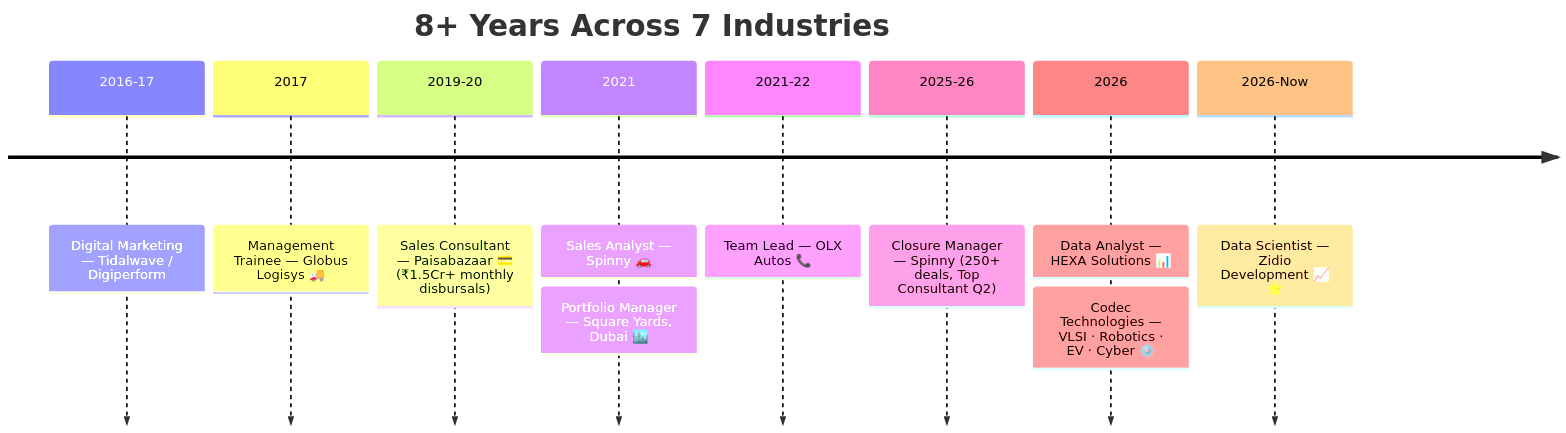
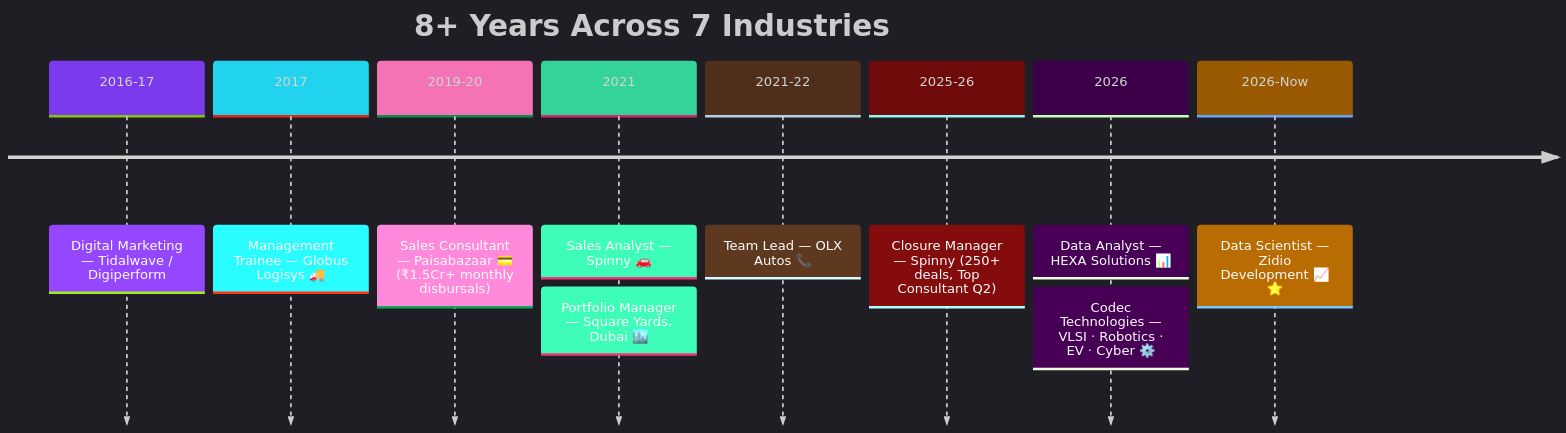
The diagram in README.md (Eswar5313/Eswar5313), drawn with Mermaid before and after one commit. The commit also changed other lines of this file, not shown here.

````diff
--- a/README.md
+++ b/README.md
@@ -188,12 +179,13 @@
 ```mermaid
+%%{init: {'theme':'dark','themeVariables':{'primaryColor':'#1E1B4B','primaryTextColor':'#E5E7EB','primaryBorderColor':'#22D3EE','lineColor':'#7C3AED','cScale0':'#7C3AED','cScale1':'#22D3EE','cScale2':'#F472B6','cScale3':'#34D399','pie1':'#7C3AED','pie2':'#22D3EE','pie3':'#F472B6','pie4':'#34D399','pie5':'#A78BFA','pie6':'#FBBF24'}}}%%
 timeline
     title 8+ Years Across 7 Industries
     2016-17 : Digital Marketing — Tidalwave / Digiperform
     2017 : Management Trainee — Globus Logisys 🚚
     2019-20 : Sales Consultant — Paisabazaar 💳 (₹1.5Cr+ monthly disbursals)
     2021 : Sales Analyst — Spinny 🚗 : Portfolio Manager — Square Yards, Dubai 🏙️
     2021-22 : Team Lead — OLX Autos 📞
     2025-26 : Closure Manager — Spinny (250+ deals, Top Consultant Q2)
     2026 : Data Analyst — HEXA Solutions 📊 : Codec Technologies — VLSI · Robotics · EV · Cyber ⚙️
     2026-Now : Data Scientist — Zidio Development 📈 ⭐
 ```
````
